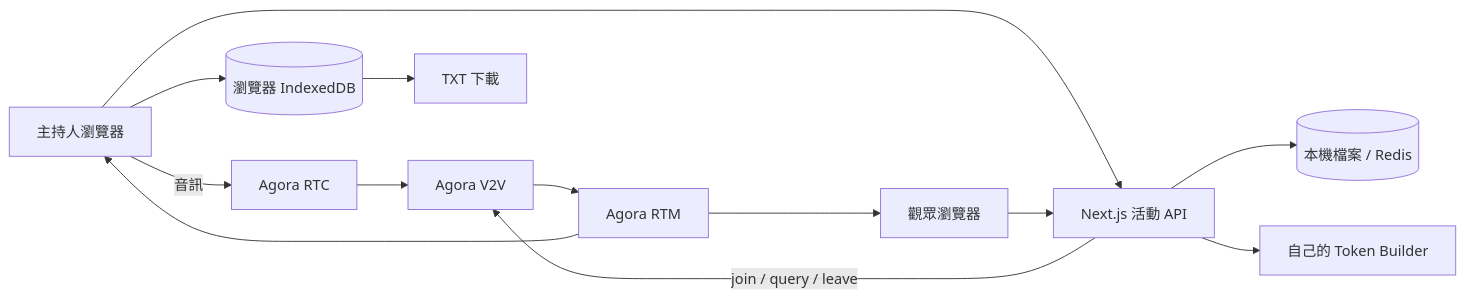
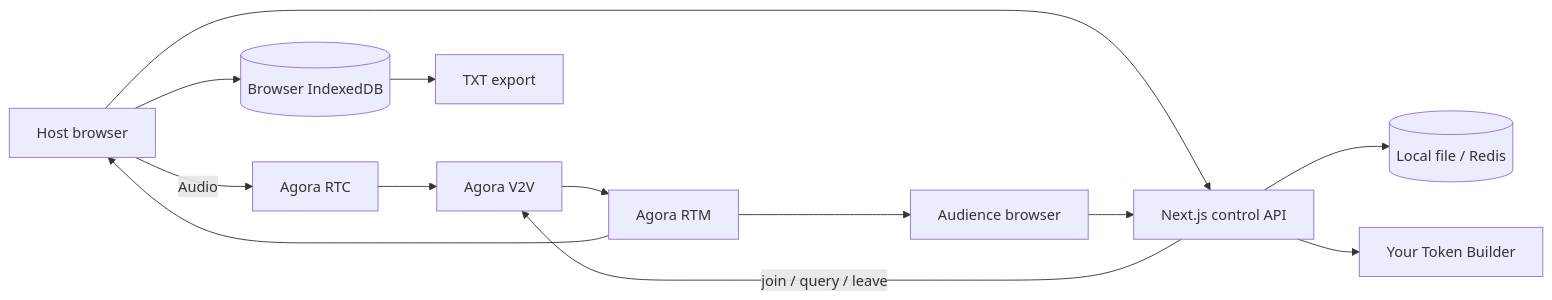
One commit to Nirartha/agora-lingua_live changed the diagram in README.md. Above: the diagram before and after it, drawn with Mermaid. The commit also changed other lines of this file and 8 other files, not shown here.

````diff
--- a/README.md
+++ b/README.md
@@ -23,15 +25,15 @@
 ```mermaid
 flowchart LR
-    H[主持人瀏覽器] -->|音訊| RTC[Agora RTC]
+    H[Host browser] -->|Audio| RTC[Agora RTC]
     RTC --> V2V[Agora V2V]
     V2V --> RTM[Agora RTM]
     RTM --> H
-    RTM --> V[觀眾瀏覽器]
-    H --> API[Next.js 活動 API]
+    RTM --> V[Audience browser]
+    H --> API[Next.js control API]
     V --> API
-    API --> DB[(本機檔案 / Redis)]
-    API --> T[自己的 Token Builder]
+    API --> DB[(Local file / Redis)]
+    API --> T[Your Token Builder]
     API -->|join / query / leave| V2V
-    H --> Local[(瀏覽器 IndexedDB)]
-    Local --> TXT[TXT 下載]
+    H --> Local[(Browser IndexedDB)]
+    Local --> TXT[TXT export]
 ```
````
